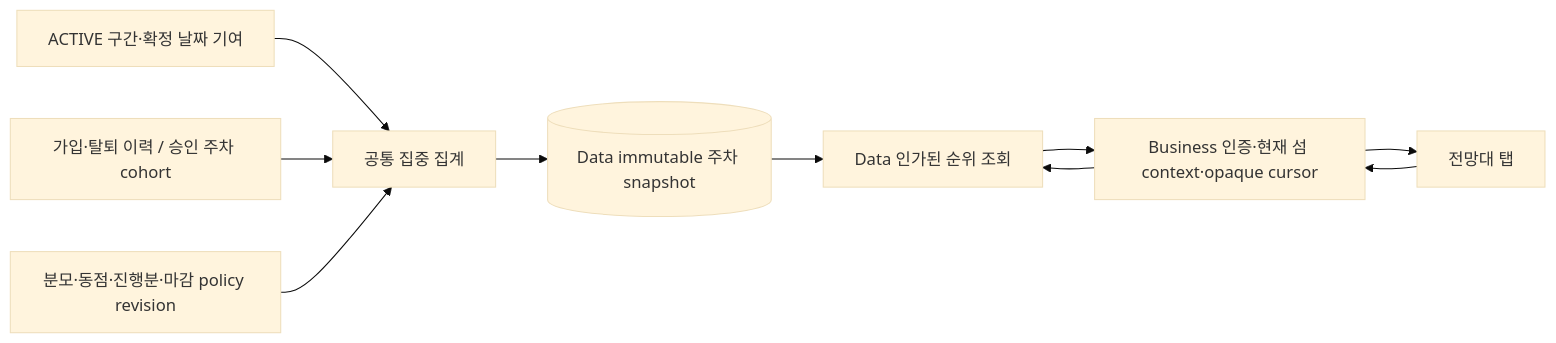
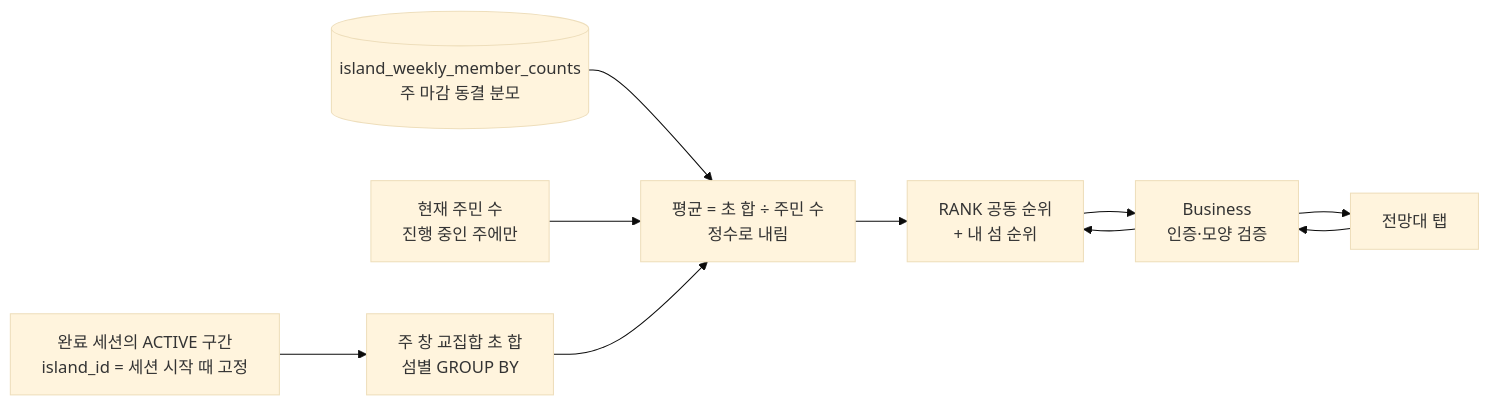
Before and after one commit to OneOrThree/phone: the first of 2 diagrams in docs/prd/fishcat/island-rankings/high-level-design.md, drawn with Mermaid (base theme). The commit also changed other lines of this file and 31 other files, not shown here.

````diff
--- a/docs/prd/fishcat/island-rankings/high-level-design.md
+++ b/docs/prd/fishcat/island-rankings/high-level-design.md
@@ -5,12 +6,12 @@
 ```mermaid
 flowchart LR
-  Focus[ACTIVE 구간·확정 날짜 기여] --> Aggregate[공통 집중 집계]
-  Membership[가입·탈퇴 이력 / 승인 주차 cohort] --> Aggregate
-  Policy[분모·동점·진행분·마감 policy revision] --> Aggregate
-  Aggregate --> Snapshot[(Data immutable 주차 snapshot)]
-  Snapshot --> Query[Data 인가된 순위 조회]
-  App[전망대 탭] --> Business[Business 인증·현재 섬 context·opaque cursor]
-  Business --> Query
-  Query --> Business
+  Focus[완료 세션의 ACTIVE 구간<br/>island_id = 세션 시작 때 고정] --> Sum[주 창 교집합 초 합<br/>섬별 GROUP BY]
+  Freeze[(island_weekly_member_counts<br/>주 마감 동결 분모)] --> Average
+  Members[현재 주민 수<br/>진행 중인 주에만] --> Average
+  Sum --> Average[평균 = 초 합 ÷ 주민 수<br/>정수로 내림]
+  Average --> Rank[RANK 공동 순위<br/>+ 내 섬 순위]
+  App[전망대 탭] --> Business[Business<br/>인증·모양 검증]
+  Business --> Rank
+  Rank --> Business
   Business --> App
 ```
````
